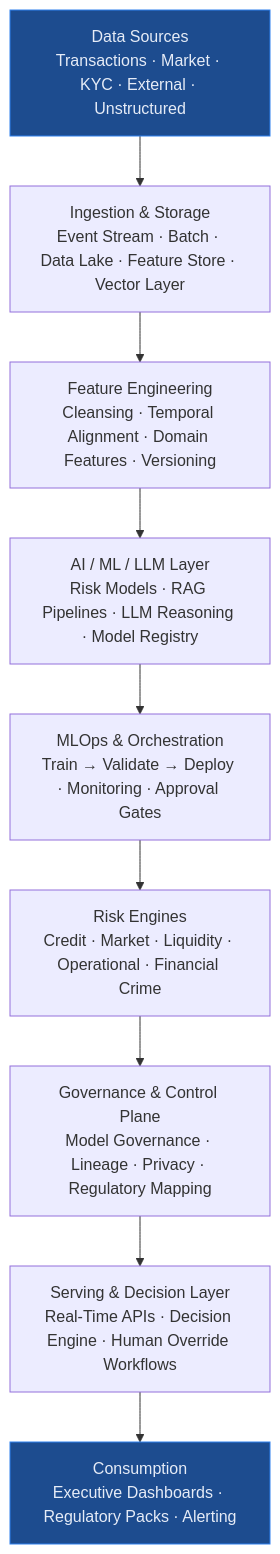
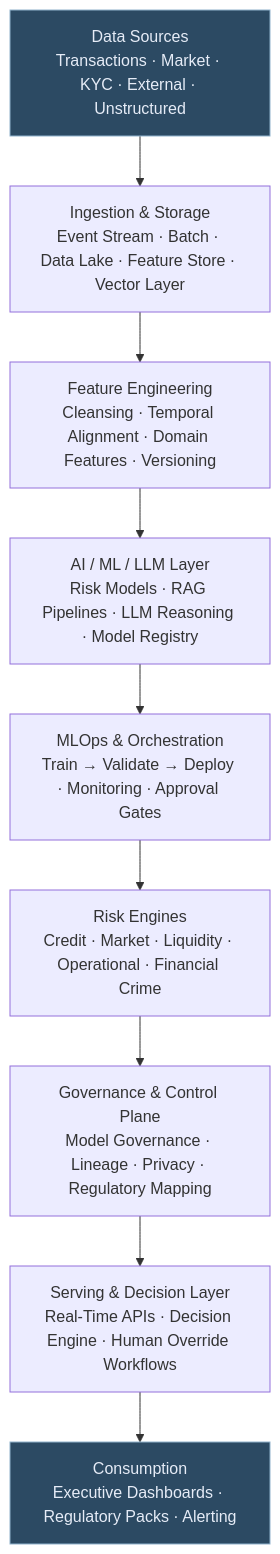
One commit to lorvexai/lorvexai changed the first of 3 diagrams in blog/end-to-end-ai-risk-platform-architecture.md. Above: the diagram before and after it, drawn with Mermaid. The commit also changed 16 other files, not shown here.

First line of the commit message:
Retune hardcoded Mermaid node colors to match the site palette

````diff
--- a/blog/end-to-end-ai-risk-platform-architecture.md
+++ b/blog/end-to-end-ai-risk-platform-architecture.md
@@ -45,15 +45,15 @@
 ```mermaid
 flowchart TD
   A["Data Sources\nTransactions · Market · KYC · External · Unstructured"]
   B["Ingestion & Storage\nEvent Stream · Batch · Data Lake · Feature Store · Vector Layer"]
   C["Feature Engineering\nCleansing · Temporal Alignment · Domain Features · Versioning"]
   D["AI / ML / LLM Layer\nRisk Models · RAG Pipelines · LLM Reasoning · Model Registry"]
   E["MLOps & Orchestration\nTrain → Validate → Deploy · Monitoring · Approval Gates"]
   F["Risk Engines\nCredit · Market · Liquidity · Operational · Financial Crime"]
   G["Governance & Control Plane\nModel Governance · Lineage · Privacy · Regulatory Mapping"]
   H["Serving & Decision Layer\nReal-Time APIs · Decision Engine · Human Override Workflows"]
   I["Consumption\nExecutive Dashboards · Regulatory Packs · Alerting"]
   A --> B --> C --> D --> E --> F --> G --> H --> I
-  style A fill:#1D4C8F,stroke:#2F80ED,color:#E6ECF7
-  style I fill:#1D4C8F,stroke:#2F80ED,color:#E6ECF7
+  style A fill:#2C4A63,stroke:#8FB2CC,color:#E6ECF7
+  style I fill:#2C4A63,stroke:#8FB2CC,color:#E6ECF7
 ```
````
